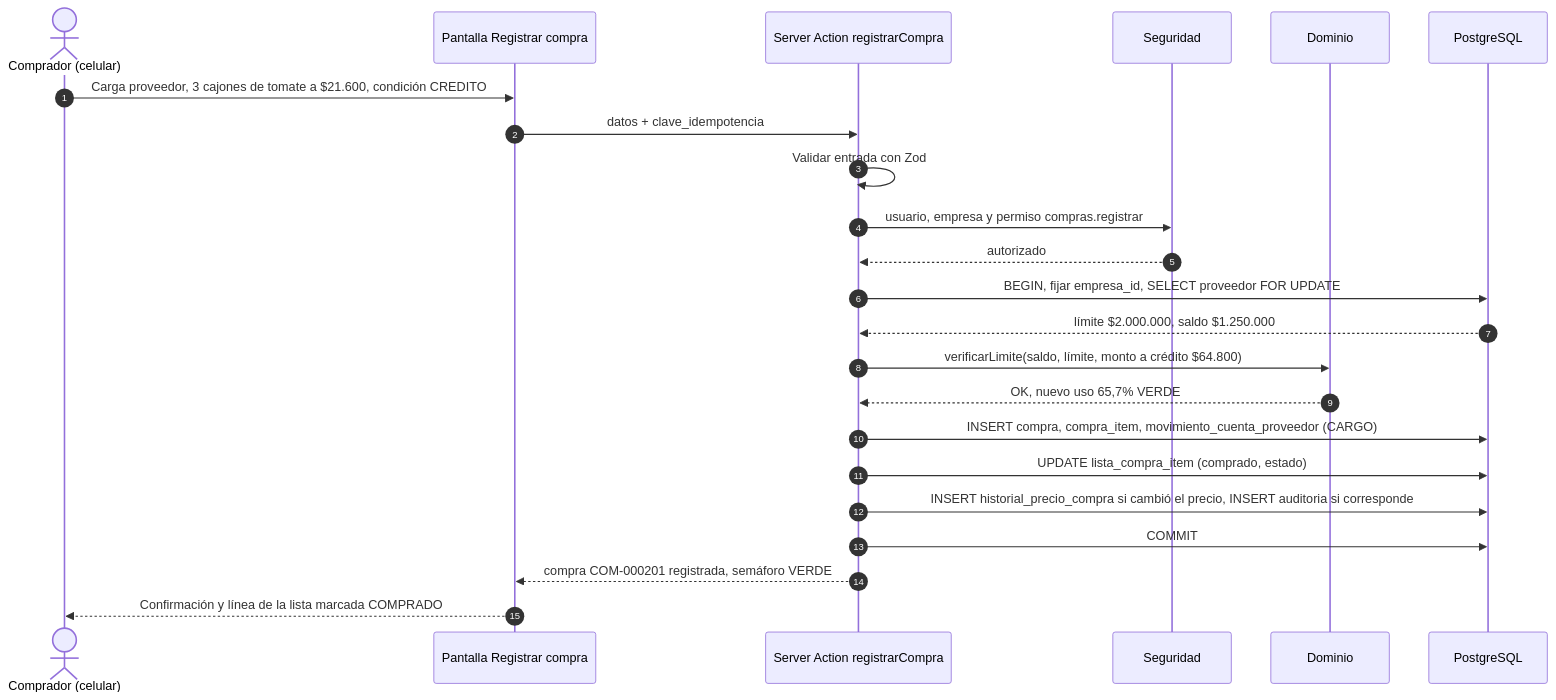
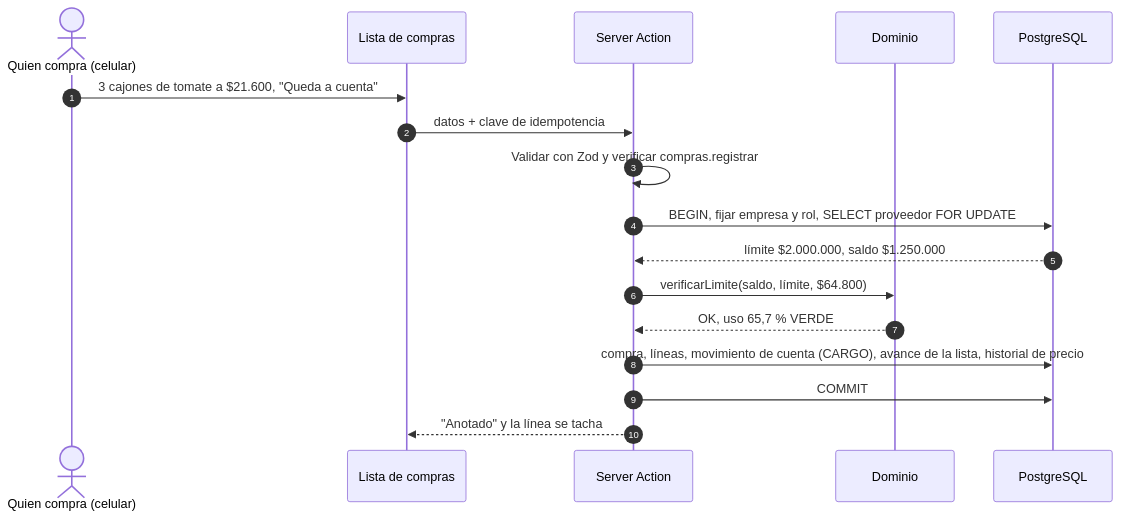
The second of 2 diagrams in docs/plan/01-tipo-de-aplicacion-y-arquitectura.md (Facumirande/sistema-juan), drawn with Mermaid before and after one commit. The commit also changed other lines of this file and 66 other files, not shown here.

First line of the commit message:
Pedidos sin confirmar, lista de compras con "Lo compré", preparación por cliente y limpieza del plan

````diff
--- a/docs/plan/01-tipo-de-aplicacion-y-arquitectura.md
+++ b/docs/plan/01-tipo-de-aplicacion-y-arquitectura.md
@@ -229,26 +125,20 @@
 ```mermaid
 sequenceDiagram
     autonumber
-    actor C as Comprador (celular)
-    participant UI as Pantalla Registrar compra
-    participant SA as Server Action registrarCompra
-    participant SEG as Seguridad
+    actor C as Quien compra (celular)
+    participant UI as Lista de compras
+    participant SA as Server Action
     participant DOM as Dominio
     participant DB as PostgreSQL
 
-    C->>UI: Carga proveedor, 3 cajones de tomate a $21.600, condición CREDITO
-    UI->>SA: datos + clave_idempotencia
-    SA->>SA: Validar entrada con Zod
-    SA->>SEG: usuario, empresa y permiso compras.registrar
-    SEG-->>SA: autorizado
-    SA->>DB: BEGIN, fijar empresa_id, SELECT proveedor FOR UPDATE
+    C->>UI: 3 cajones de tomate a $21.600, "Queda a cuenta"
+    UI->>SA: datos + clave de idempotencia
+    SA->>SA: Validar con Zod y verificar compras.registrar
+    SA->>DB: BEGIN, fijar empresa y rol, SELECT proveedor FOR UPDATE
     DB-->>SA: límite $2.000.000, saldo $1.250.000
-    SA->>DOM: verificarLimite(saldo, límite, monto a crédito $64.800)
-    DOM-->>SA: OK, nuevo uso 65,7% VERDE
-    SA->>DB: INSERT compra, compra_item, movimiento_cuenta_proveedor (CARGO)
-    SA->>DB: UPDATE lista_compra_item (comprado, estado)
-    SA->>DB: INSERT historial_precio_compra si cambió el precio, INSERT auditoria si corresponde
+    SA->>DOM: verificarLimite(saldo, límite, $64.800)
+    DOM-->>SA: OK, uso 65,7 % VERDE
+    SA->>DB: compra, líneas, movimiento de cuenta (CARGO), avance de la lista, historial de precio
     SA->>DB: COMMIT
-    SA-->>UI: compra COM-000201 registrada, semáforo VERDE
-    UI-->>C: Confirmación y línea de la lista marcada COMPRADO
+    SA-->>UI: "Anotado" y la línea se tacha
 ```
````
